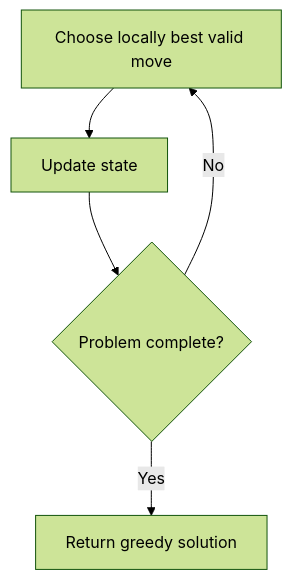
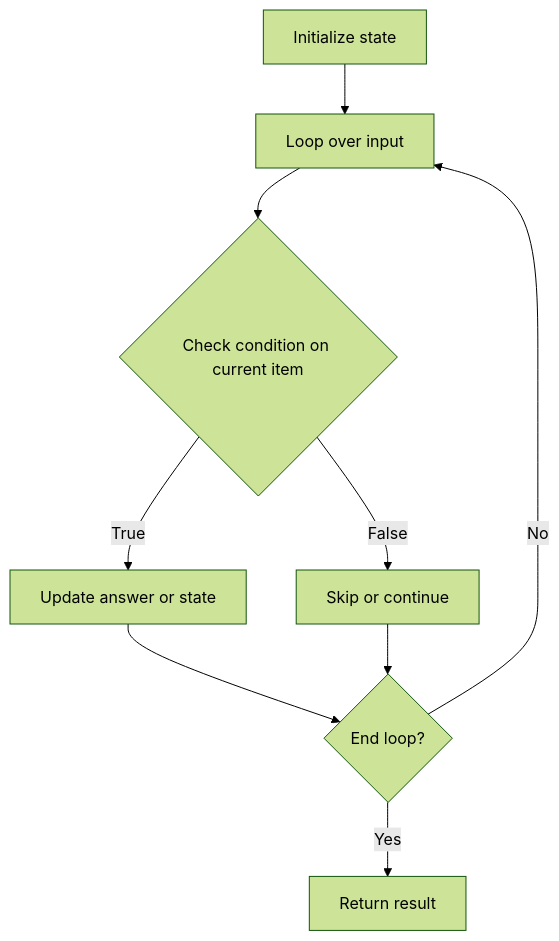
One commit to keshav-poojary/Leetcode changed the diagram in NeetCode-Submissions/13-greedy/03-gas-station/readme.md. Above: the diagram before and after it, drawn with Mermaid (forest theme). The commit also changed 105 other files, not shown here.

Commit message:
Add NeetCode README docs with mermaid diagrams

````diff
--- a/NeetCode-Submissions/13-greedy/03-gas-station/readme.md
+++ b/NeetCode-Submissions/13-greedy/03-gas-station/readme.md
@@ -28,7 +28,11 @@
 ```mermaid
 flowchart TD
-    A[Choose locally best valid move] --> B[Update state]
-    B --> C{Problem complete?}
-    C -- No --> A
-    C -- Yes --> D[Return greedy solution]
+    A[Initialize state] --> B[Loop over input]
+    B --> C{Check condition on current item}
+    C -- True --> D[Update answer or state]
+    C -- False --> E[Skip or continue]
+    D --> F{End loop?}
+    E --> F
+    F -- No --> B
+    F -- Yes --> G[Return result]
 ```
````
